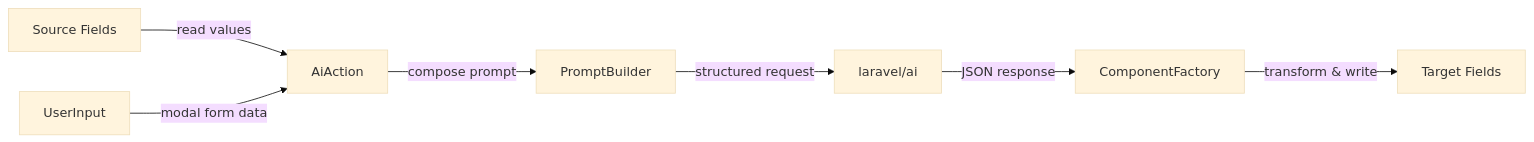
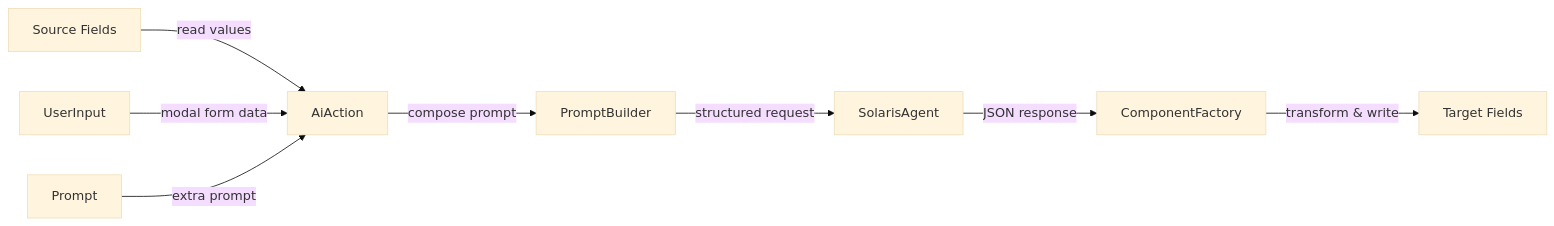
Before and after one commit to statikbe/laravel-filament-solaris: the first of 3 diagrams in README.md, drawn with Mermaid (base theme). The commit also changed other lines of this file and 67 other files, not shown here.

````diff
--- a/README.md
+++ b/README.md
@@ -50,9 +52,10 @@
 ```mermaid
 flowchart LR
     A[Source Fields] -->|read values| B[AiAction]
     G[UserInput] -->|modal form data| B
+    P[Prompt] -->|extra prompt| B
     B -->|compose prompt| C[PromptBuilder]
-    C -->|structured request| D[laravel/ai]
+    C -->|structured request| D[SolarisAgent]
     D -->|JSON response| E[ComponentFactory]
     E -->|transform & write| F[Target Fields]
 ```
````
